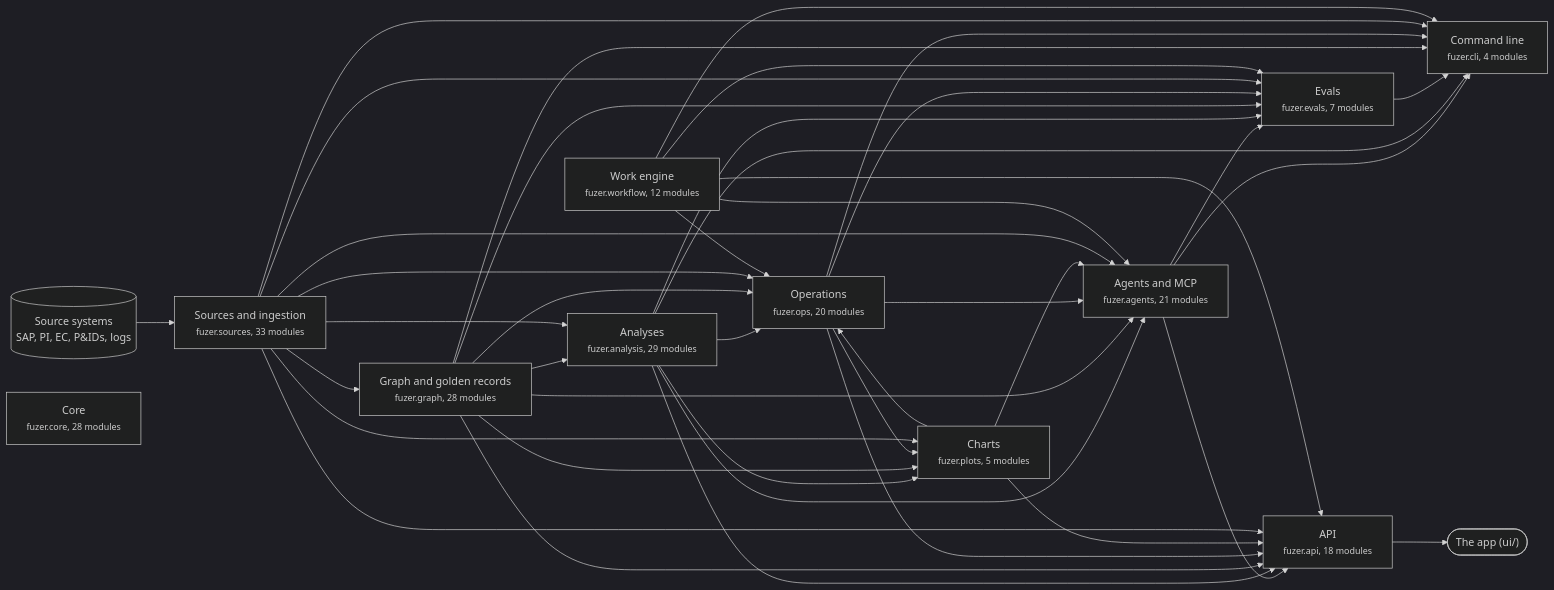
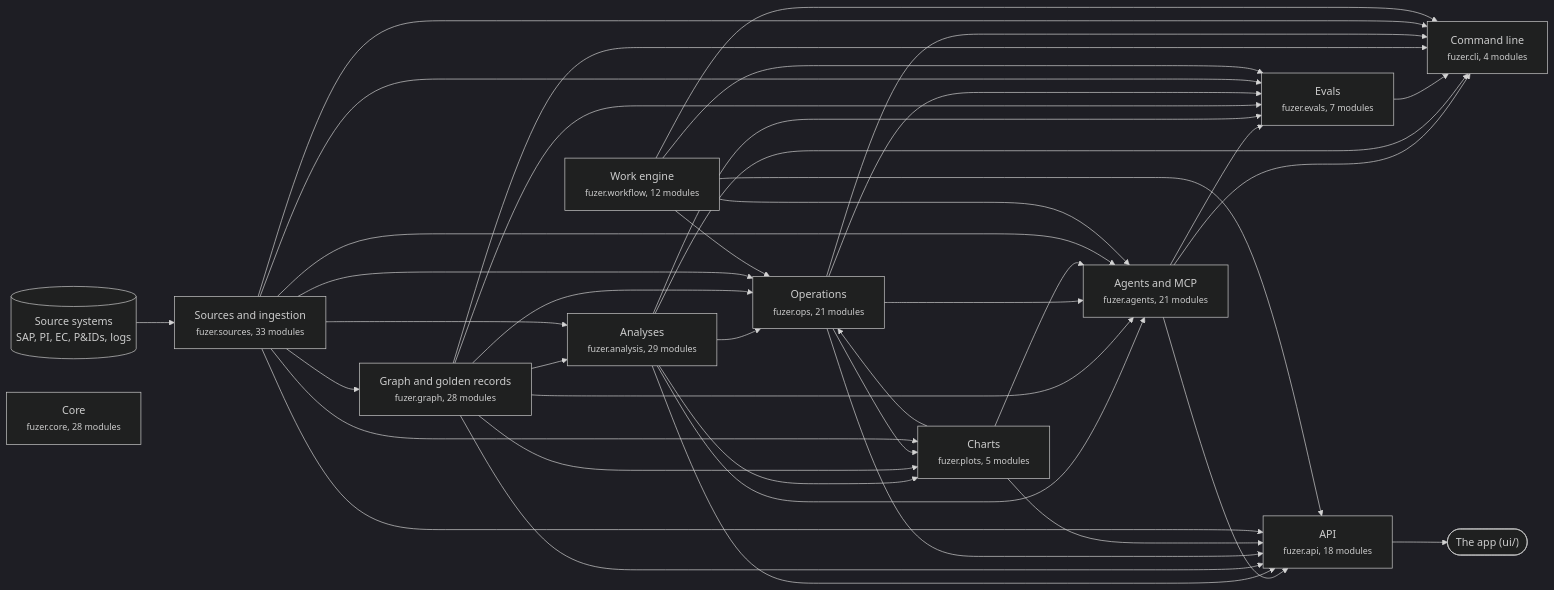
The first of 3 diagrams in docs/architecture.md (areed145/fuzer), drawn with Mermaid (dark theme) before and after one commit. The commit also changed other lines of this file and 13 other files, not shown here.

````diff
--- a/docs/architecture.md
+++ b/docs/architecture.md
@@ -8,66 +8,66 @@
 ```mermaid
 flowchart LR
   systems[("Source systems<br>SAP, PI, EC, P&IDs, logs")] --> c_sources
   app(["The app (ui/)"])
   c_api --> app
   c_sources["Sources and ingestion<br><small>fuzer.sources, 33 modules</small>"]
   c_graph["Graph and golden records<br><small>fuzer.graph, 28 modules</small>"]
   c_analysis["Analyses<br><small>fuzer.analysis, 29 modules</small>"]
-  c_ops["Operations<br><small>fuzer.ops, 20 modules</small>"]
+  c_ops["Operations<br><small>fuzer.ops, 21 modules</small>"]
   c_plots["Charts<br><small>fuzer.plots, 5 modules</small>"]
   c_workflow["Work engine<br><small>fuzer.workflow, 12 modules</small>"]
   c_agents["Agents and MCP<br><small>fuzer.agents, 21 modules</small>"]
   c_evals["Evals<br><small>fuzer.evals, 7 modules</small>"]
   c_api["API<br><small>fuzer.api, 18 modules</small>"]
   c_cli["Command line<br><small>fuzer.cli, 4 modules</small>"]
   c_core["Core<br><small>fuzer.core, 28 modules</small>"]
   c_sources --> c_graph
   c_graph --> c_analysis
   c_sources --> c_analysis
   c_analysis --> c_ops
   c_graph --> c_ops
   c_plots --> c_ops
   c_sources --> c_ops
   c_workflow --> c_ops
   c_analysis --> c_plots
   c_graph --> c_plots
   c_ops --> c_plots
   c_sources --> c_plots
   c_analysis --> c_agents
   c_graph --> c_agents
   c_ops --> c_agents
   c_plots --> c_agents
   c_sources --> c_agents
   c_workflow --> c_agents
   c_agents --> c_evals
   c_analysis --> c_evals
   c_graph --> c_evals
   c_ops --> c_evals
   c_sources --> c_evals
   c_workflow --> c_evals
   c_agents --> c_api
   c_analysis --> c_api
   c_graph --> c_api
   c_ops --> c_api
   c_plots --> c_api
   c_sources --> c_api
   c_workflow --> c_api
   c_agents --> c_cli
   c_analysis --> c_cli
   c_evals --> c_cli
   c_graph --> c_cli
   c_ops --> c_cli
   c_sources --> c_cli
   c_workflow --> c_cli
   click c_sources "https://github.com/areed145/fuzer/tree/main/src/fuzer/sources"
   click c_graph "https://github.com/areed145/fuzer/tree/main/src/fuzer/graph"
   click c_analysis "https://github.com/areed145/fuzer/tree/main/src/fuzer/analysis"
   click c_ops "https://github.com/areed145/fuzer/tree/main/src/fuzer/ops"
   click c_plots "https://github.com/areed145/fuzer/tree/main/src/fuzer/plots"
   click c_workflow "https://github.com/areed145/fuzer/tree/main/src/fuzer/workflow"
   click c_agents "https://github.com/areed145/fuzer/tree/main/src/fuzer/agents"
   click c_evals "https://github.com/areed145/fuzer/tree/main/src/fuzer/evals"
   click c_api "https://github.com/areed145/fuzer/tree/main/src/fuzer/api"
   click c_cli "https://github.com/areed145/fuzer/tree/main/src/fuzer/cli"
   click c_core "https://github.com/areed145/fuzer/tree/main/src/fuzer/core"
 ```
````
